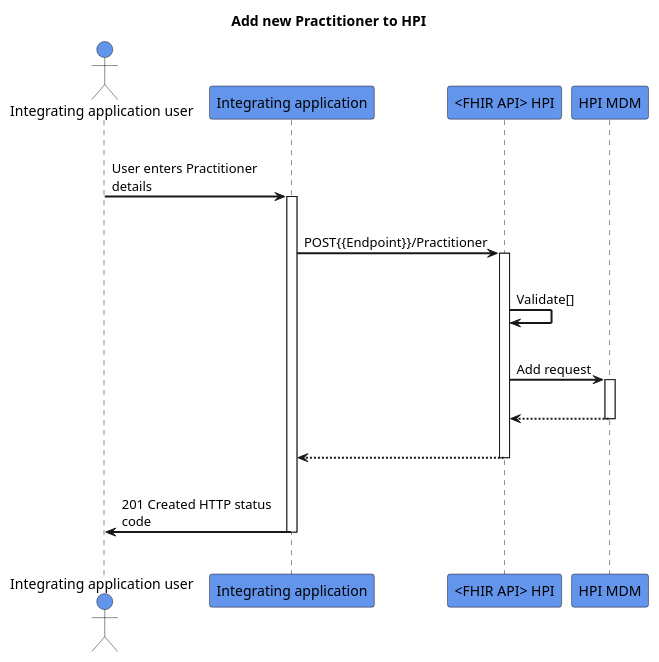
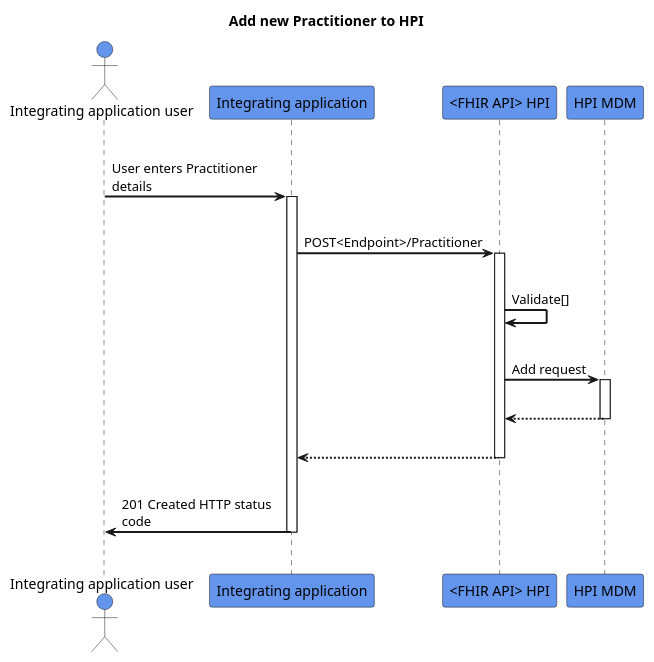
Before and after one commit to HL7NZ/hpi: the diagram in input/images-source/add-practitioner.plantuml, drawn with PlantUML.

```diff
--- a/input/images-source/add-practitioner.plantuml
+++ b/input/images-source/add-practitioner.plantuml
@@ -1,32 +1,32 @@
 @startuml
 skinparam sequenceArrowThickness 2
 skinparam roundcorner 5
 skinparam maxmessagesize 180
 skinparam sequenceParticipant bold
 title Add new Practitioner to HPI
 actor "Integrating application user" as User #CornflowerBlue
 participant "Integrating application" as A #CornflowerBlue
 participant "<FHIR API> HPI" as B #CornflowerBlue
 participant "HPI MDM" as C #CornflowerBlue
 |||
 User -> A: User enters Practitioner details
 activate A
 |||
-A -> B: POST{{Endpoint}}/Practitioner
+A -> B: POST<Endpoint>/Practitioner
 activate B
 |||
 B -> B: Validate[]
 |||
 B -> C: Add request
 activate C
 |||
 C -[dashed]-> B:  
 deactivate C
 |||
 B -[dashed]-> A:
 deactivate B
 |||
 A -> User: 201 Created HTTP status code
 deactivate A
 |||
 @enduml
```
